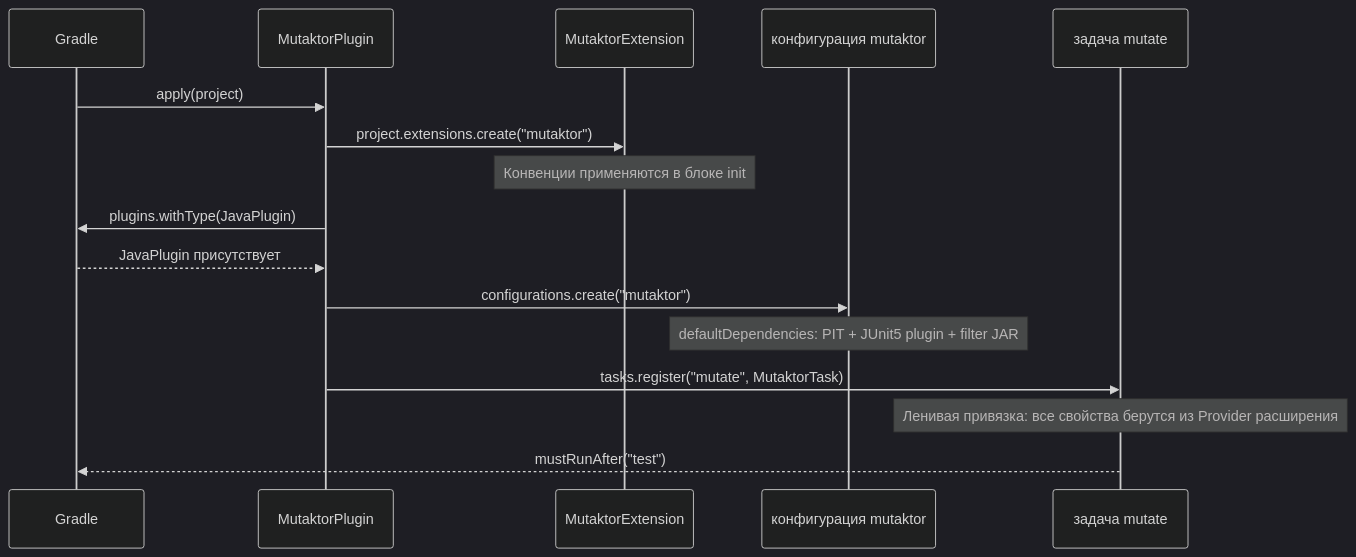
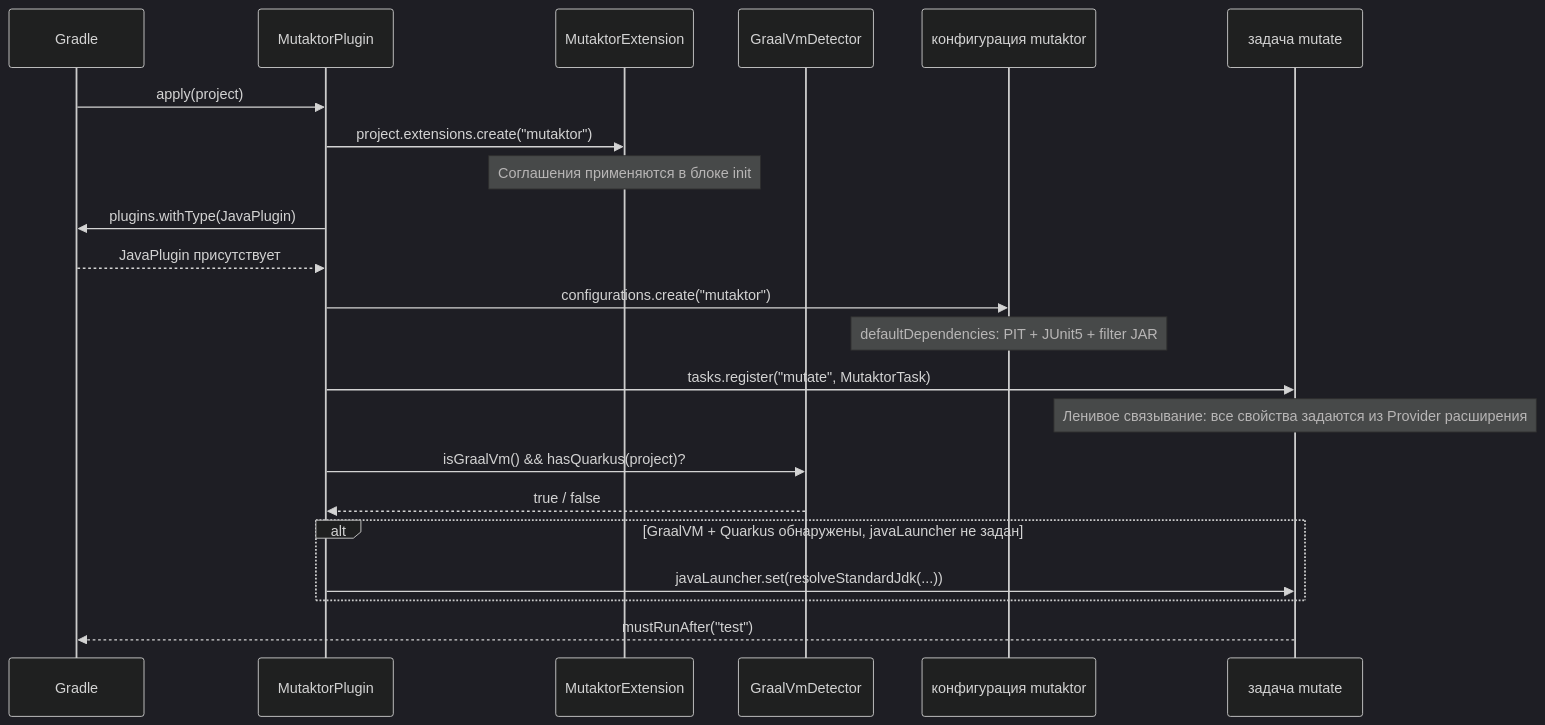
One commit to ioplane/mutaktor changed the fourth of 6 diagrams in docs/ru/01-architecture.md. Above: the diagram before and after it, drawn with Mermaid (dark theme). The commit also changed other lines of this file and 13 other files, not shown here.

````diff
--- a/docs/ru/01-architecture.md
+++ b/docs/ru/01-architecture.md
@@ -117,19 +206,25 @@
 ```mermaid
 sequenceDiagram
     participant G as Gradle
     participant MP as MutaktorPlugin
     participant EXT as MutaktorExtension
+    participant GVM as GraalVmDetector
     participant CONF as конфигурация mutaktor
     participant TASK as задача mutate
 
     G->>MP: apply(project)
     MP->>EXT: project.extensions.create("mutaktor")
-    note over EXT: Конвенции применяются в блоке init
+    note over EXT: Соглашения применяются в блоке init
     MP->>G: plugins.withType(JavaPlugin)
     G-->>MP: JavaPlugin присутствует
     MP->>CONF: configurations.create("mutaktor")
-    note over CONF: defaultDependencies: PIT + JUnit5 plugin + filter JAR
+    note over CONF: defaultDependencies: PIT + JUnit5 + filter JAR
     MP->>TASK: tasks.register("mutate", MutaktorTask)
-    note over TASK: Ленивая привязка: все свойства берутся из Provider расширения
+    note over TASK: Ленивое связывание: все свойства задаются из Provider расширения
+    MP->>GVM: isGraalVm() && hasQuarkus(project)?
+    GVM-->>MP: true / false
+    alt GraalVM + Quarkus обнаружены, javaLauncher не задан
+        MP->>TASK: javaLauncher.set(resolveStandardJdk(...))
+    end
     TASK-->>G: mustRunAfter("test")
 ```
````
